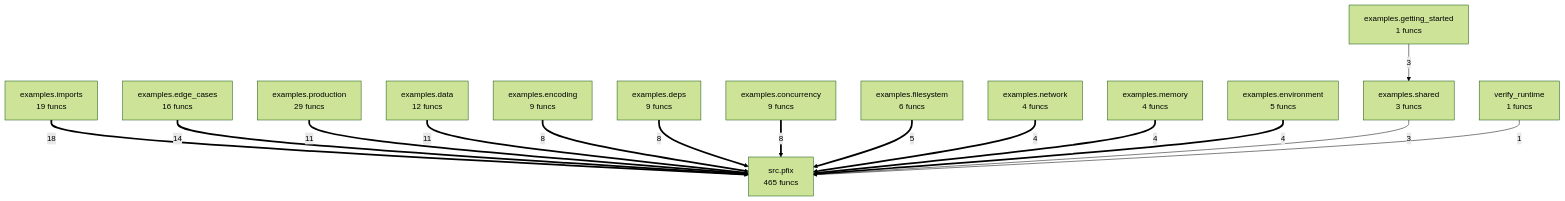
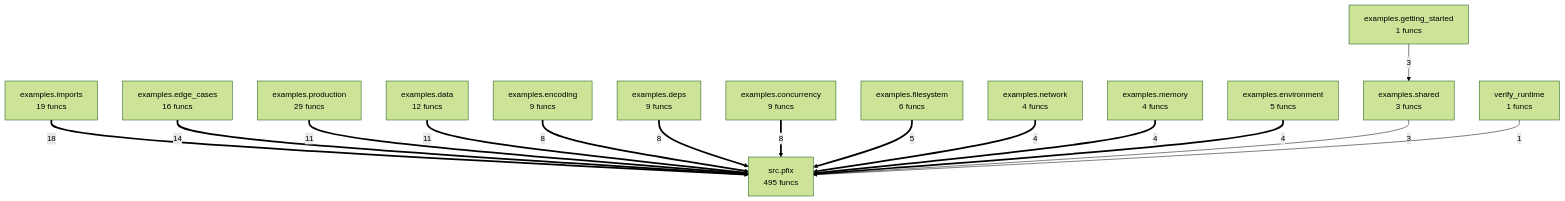
The diagram in project/compact_flow.mmd (semcod/pfix), drawn with Mermaid (forest theme) before and after one commit. The commit also changed 13 other files, not shown here.

```diff
--- a/project/compact_flow.mmd
+++ b/project/compact_flow.mmd
@@ -1,30 +1,30 @@
 flowchart TD
     examples__concurrency["examples.concurrency<br/>9 funcs"]
     examples__data["examples.data<br/>12 funcs"]
     examples__deps["examples.deps<br/>9 funcs"]
     examples__edge_cases["examples.edge_cases<br/>16 funcs"]
     examples__encoding["examples.encoding<br/>9 funcs"]
     examples__environment["examples.environment<br/>5 funcs"]
     examples__filesystem["examples.filesystem<br/>6 funcs"]
     examples__getting_started["examples.getting_started<br/>1 funcs"]
     examples__imports["examples.imports<br/>19 funcs"]
     examples__memory["examples.memory<br/>4 funcs"]
     examples__network["examples.network<br/>4 funcs"]
     examples__production["examples.production<br/>29 funcs"]
     examples__shared["examples.shared<br/>3 funcs"]
-    src__pfix["src.pfix<br/>465 funcs"]
+    src__pfix["src.pfix<br/>495 funcs"]
     verify_runtime["verify_runtime<br/>1 funcs"]
     examples__imports ==>|18| src__pfix
     examples__edge_cases ==>|14| src__pfix
     examples__production ==>|11| src__pfix
     examples__data ==>|11| src__pfix
     examples__encoding ==>|8| src__pfix
     examples__deps ==>|8| src__pfix
     examples__concurrency ==>|8| src__pfix
     examples__filesystem ==>|5| src__pfix
     examples__network ==>|4| src__pfix
     examples__memory ==>|4| src__pfix
     examples__environment ==>|4| src__pfix
     examples__shared -->|3| src__pfix
     examples__getting_started -->|3| examples__shared
     verify_runtime -->|1| src__pfix
```
